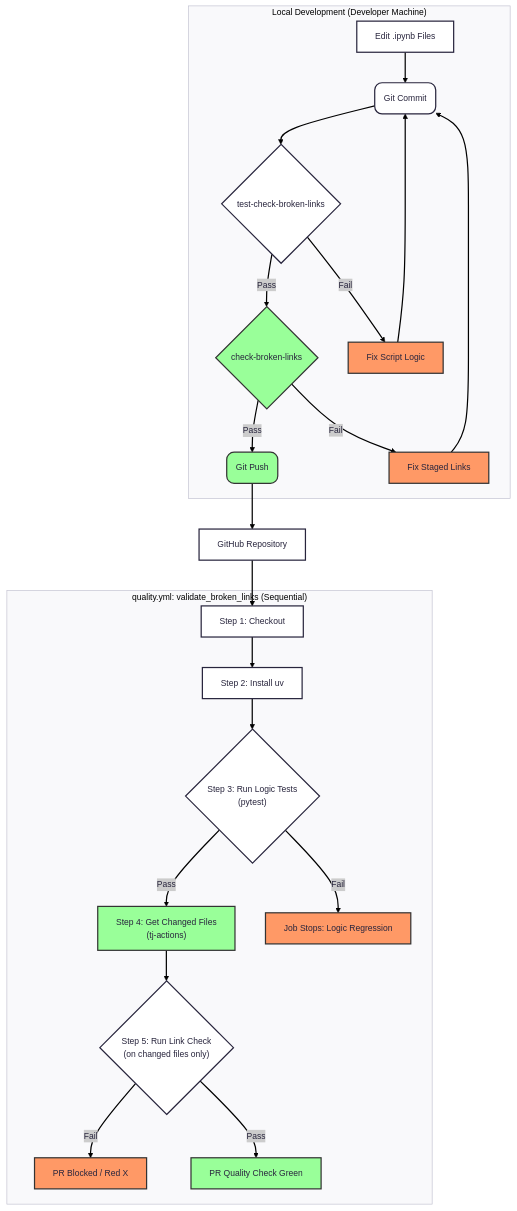
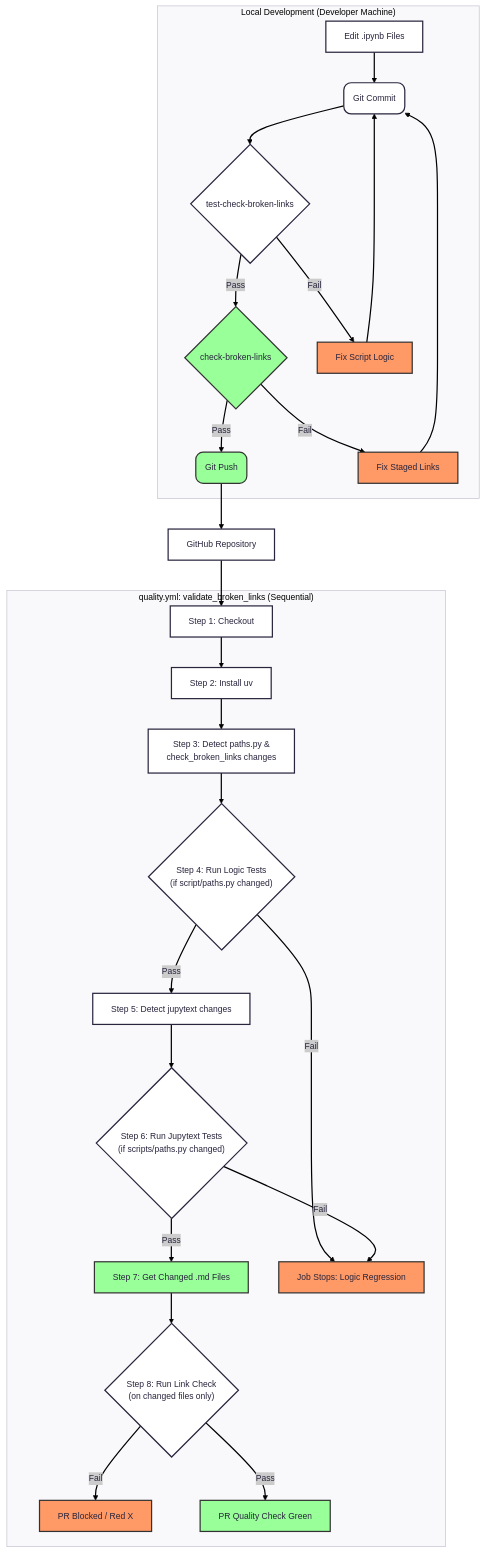
Before and after one commit to soviar-systems/ai_engineering_handbook: the diagram in tools/docs/scripts_instructions/check_broken_links_py_script.md, drawn with Mermaid. The commit also changed other lines of this file and 3 other files, not shown here.

````diff
--- a/tools/docs/scripts_instructions/check_broken_links_py_script.md
+++ b/tools/docs/scripts_instructions/check_broken_links_py_script.md
@@ -267,57 +282,65 @@
 ```mermaid
 ---
 config:
   layout: dagre
   theme: redux
 ---
 flowchart TB
  subgraph Local_Dev["Local Development (Developer Machine)"]
         B["Git Commit"]
         A["Edit .ipynb Files"]
         C{"test-check-broken-links"}
         D{"check-broken-links"}
         E["Git Push"]
         C_Fix["Fix Script Logic"]
         D_Fix["Fix Staged Links"]
   end
  subgraph Quality_Job_Steps["quality.yml: validate_broken_links (Sequential)"]
+        G1["Step 1: Checkout"]
         G2["Step 2: Install uv"]
-        G1["Step 1: Checkout"]
-        G3["Step 3: Run Logic Tests<br>(pytest)"]
-        G4["Step 4: Get Changed Files<br>(tj-actions)"]
-        G5["Step 5: Run Link Check<br>(on changed files only)"]
+        G3["Step 3: Detect paths.py &<br>check_broken_links changes"]
+        G4{"Step 4: Run Logic Tests<br>(if script/paths.py changed)"}
+        G5["Step 5: Detect jupytext changes"]
+        G6{"Step 6: Run Jupytext Tests<br>(if scripts/paths.py changed)"}
+        G7["Step 7: Get Changed .md Files"]
+        G8{"Step 8: Run Link Check<br>(on changed files only)"}
         H_Stop["Job Stops: Logic Regression"]
         J["PR Blocked / Red X"]
         K["PR Quality Check Green"]
   end
     A --> B
     B --> C
     C -- Pass --> D
     D -- Pass --> E
     C -- Fail --> C_Fix
     C_Fix --> B
     D -- Fail --> D_Fix
     D_Fix --> B
     E --> F["GitHub Repository"]
     G1 --> G2
     G2 --> G3
-    G3 -- Pass --> G4
-    G4 --> G5
-    G3 -- Fail --> H_Stop
-    G5 -- Fail --> J
-    G5 -- Pass --> K
+    G3 --> G4
+    G4 -- Pass --> G5
+    G4 -- Fail --> H_Stop
+    G5 --> G6
+    G6 -- Pass --> G7
+    G6 -- Fail --> H_Stop
+    G7 --> G8
+    G8 -- Fail --> J
+    G8 -- Pass --> K
     F --> G1
 
     B@{ shape: event}
     E@{ shape: event}
-    G3@{ shape: decision}
-    G5@{ shape: decision}
+    G4@{ shape: decision}
+    G6@{ shape: decision}
+    G8@{ shape: decision}
     style D fill:#9f9,stroke:#333
     style E fill:#9f9,stroke:#333
     style C_Fix fill:#f96,stroke:#333
     style D_Fix fill:#f96,stroke:#333
-    style G4 fill:#9f9,stroke:#333
+    style G7 fill:#9f9,stroke:#333
     style H_Stop fill:#f96,stroke:#333
     style J fill:#f96,stroke:#333
     style K fill:#9f9,stroke:#333
 ```
````
